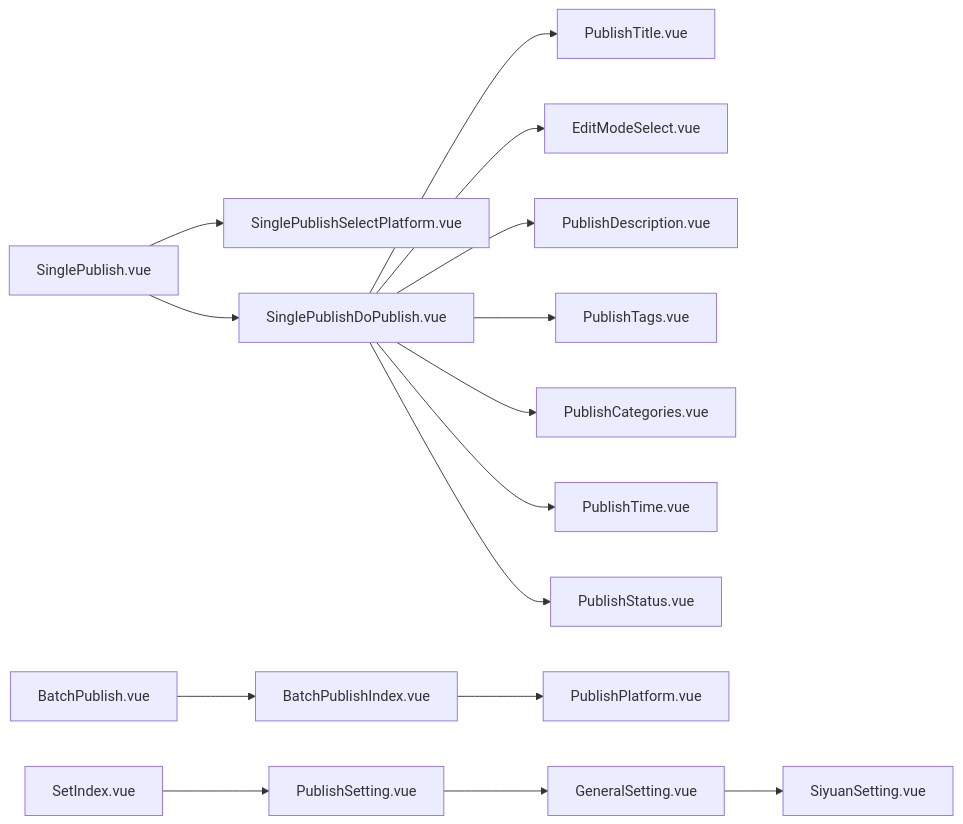
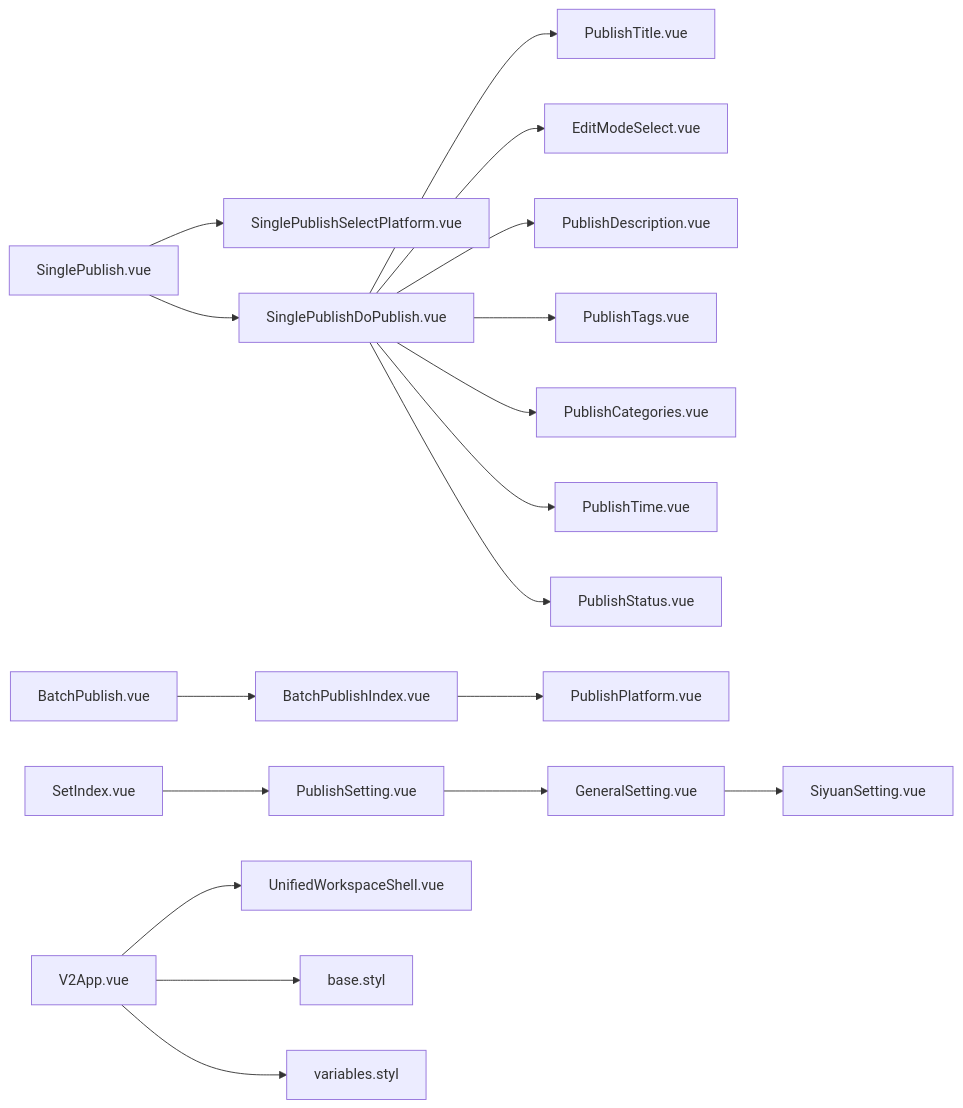
One commit to terwer/siyuan-plugin-publisher changed the seventh of 7 diagrams in .qoder/repowiki/zh/content/用户界面组件/用户界面组件.md. Above: the diagram before and after it, drawn with Mermaid. The commit also changed other lines of this file and 12 other files, not shown here.

First line of the commit message:
feat(ui-v2): implement V2 UI foundation and unified workspace shell

````diff
--- a/.qoder/repowiki/zh/content/用户界面组件/用户界面组件.md
+++ b/.qoder/repowiki/zh/content/用户界面组件/用户界面组件.md
@@ -420,17 +522,20 @@
 ```mermaid
 graph LR
 SP["SinglePublish.vue"] --> SPS["SinglePublishSelectPlatform.vue"]
 SP --> SPD["SinglePublishDoPublish.vue"]
 BP["BatchPublish.vue"] --> BPI["BatchPublishIndex.vue"]
 BPI --> PF["PublishPlatform.vue"]
 SPD --> PT["PublishTitle.vue"]
 SPD --> PES["EditModeSelect.vue"]
 SPD --> PD["PublishDescription.vue"]
 SPD --> PTAG["PublishTags.vue"]
 SPD --> PCAT["PublishCategories.vue"]
 SPD --> PTIM["PublishTime.vue"]
 SPD --> PSTA["PublishStatus.vue"]
 SI["SetIndex.vue"] --> PS["PublishSetting.vue"]
 PS --> GS["GeneralSetting.vue"]
 GS --> SS["SiyuanSetting.vue"]
+V2APP["V2App.vue"] --> UWS["UnifiedWorkspaceShell.vue"]
+V2APP --> BASE["base.styl"]
+V2APP --> VAR["variables.styl"]
 ```
````
